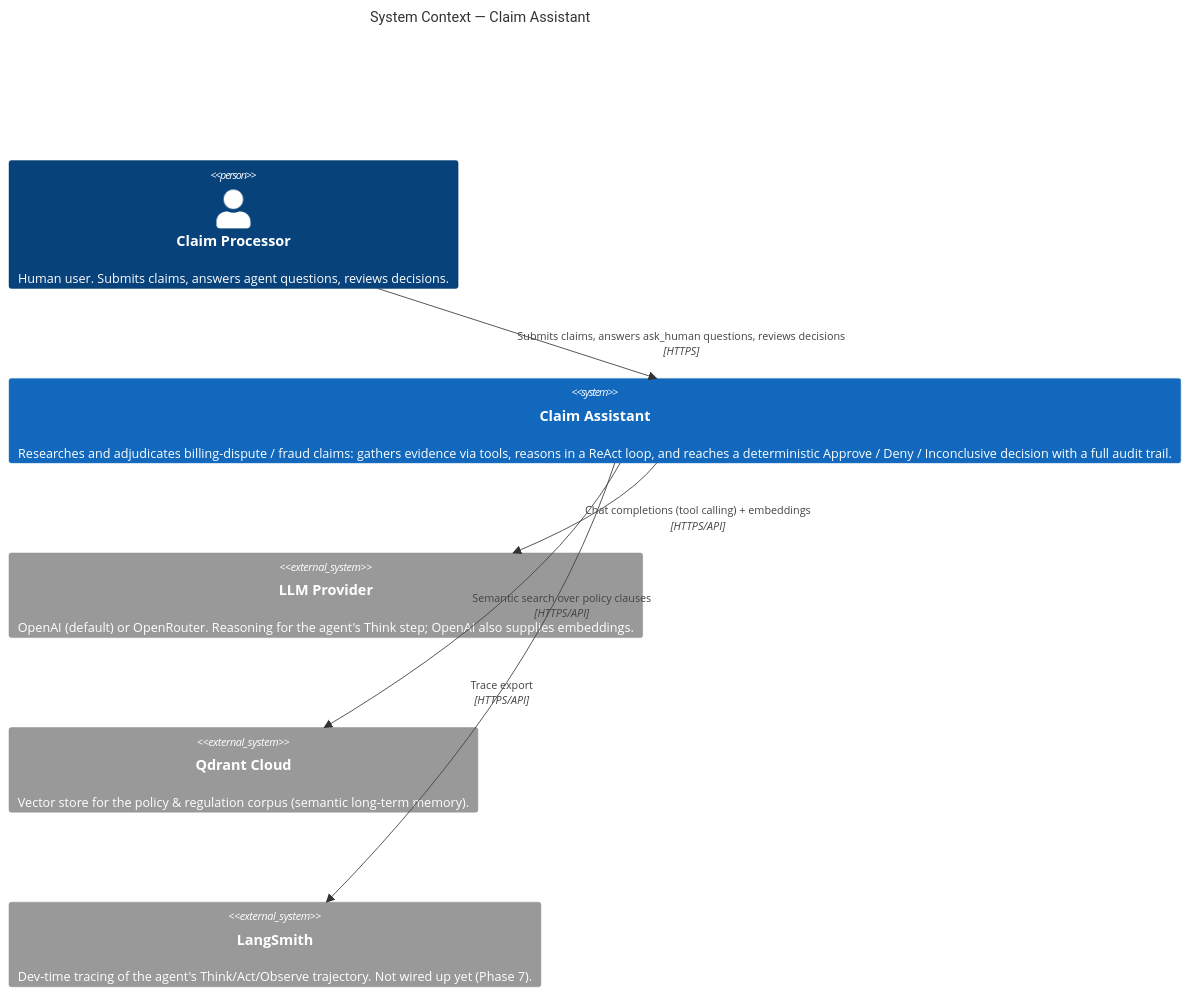
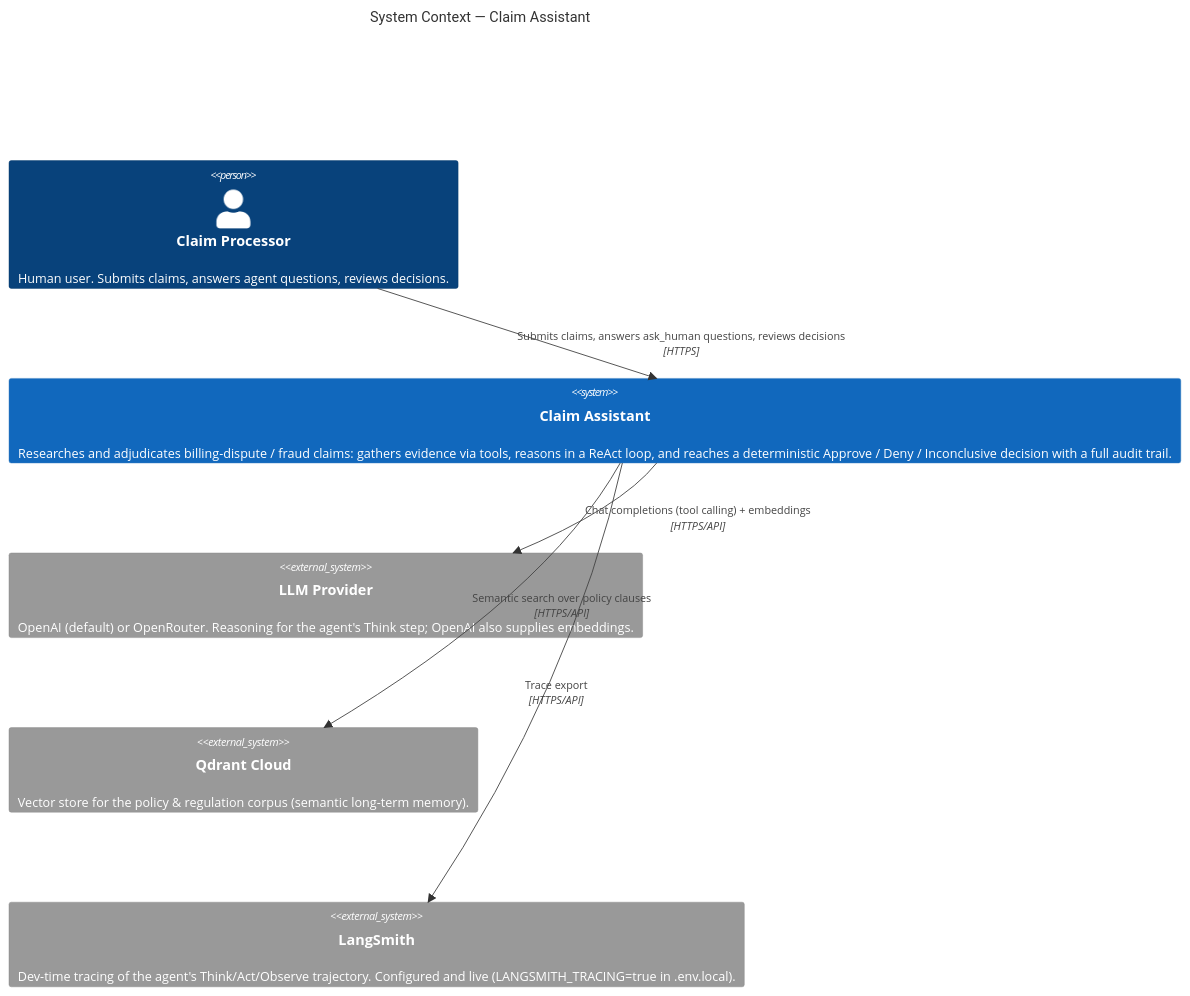
One commit to mathurparitosh/agentic-claim-processing changed the first of 6 diagrams in docs/c4-architecture.md. Above: the diagram before and after it, drawn with Mermaid. The commit also changed other lines of this file and 31 other files, not shown here.

First line of the commit message:
Add multi-agent orchestration, recovery agent, tab-strip UI, and Phase 9 eval suite

````diff
--- a/docs/c4-architecture.md
+++ b/docs/c4-architecture.md
@@ -21,17 +26,17 @@
 ```mermaid
 C4Context
   title System Context — Claim Assistant
 
   Person(processor, "Claim Processor", "Human user. Submits claims, answers agent questions, reviews decisions.")
 
   System(claimAssistant, "Claim Assistant", "Researches and adjudicates billing-dispute / fraud claims: gathers evidence via tools, reasons in a ReAct loop, and reaches a deterministic Approve / Deny / Inconclusive decision with a full audit trail.")
 
   System_Ext(llmProvider, "LLM Provider", "OpenAI (default) or OpenRouter. Reasoning for the agent's Think step; OpenAI also supplies embeddings.")
   System_Ext(qdrant, "Qdrant Cloud", "Vector store for the policy & regulation corpus (semantic long-term memory).")
-  System_Ext(langsmith, "LangSmith", "Dev-time tracing of the agent's Think/Act/Observe trajectory. Not wired up yet (Phase 7).")
+  System_Ext(langsmith, "LangSmith", "Dev-time tracing of the agent's Think/Act/Observe trajectory. Configured and live (LANGSMITH_TRACING=true in .env.local).")
 
   Rel(processor, claimAssistant, "Submits claims, answers ask_human questions, reviews decisions", "HTTPS")
   Rel(claimAssistant, llmProvider, "Chat completions (tool calling) + embeddings", "HTTPS/API")
   Rel(claimAssistant, qdrant, "Semantic search over policy clauses", "HTTPS/API")
   Rel(claimAssistant, langsmith, "Trace export", "HTTPS/API")
 ```
````
